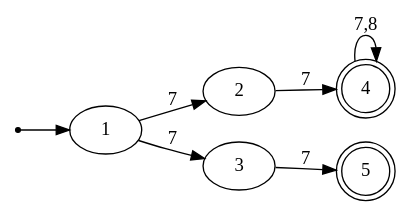
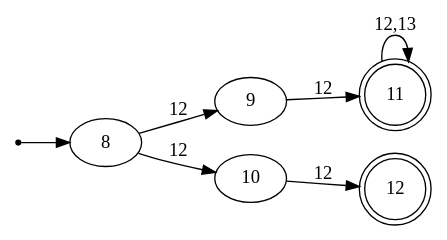
One commit to GiovA07/A changed the diagram in automataExamples/automataFND/automata3.dot. Above: the diagram before and after it, drawn with Graphviz. The commit also changed 3 other files, not shown here.

```diff
--- a/automataExamples/automataFND/automata3.dot
+++ b/automataExamples/automataFND/automata3.dot
@@ -1,17 +1,17 @@
 digraph{
 
 rankdir=LR;
 inic[shape=point];
 
-inic->1;
+inic->8;
 
-1->2 [label="7"];
-1->3 [label="7"];
-2->4 [label="7"];
-3->5 [label="7"];
-4->4 [label="7,8"];
+8->9 [label="12"];
+8->10 [label="12"];
+9->11 [label="12"];
+10->12 [label="12"];
+11->11 [label="12,13"];
 
-4[shape=doublecircle];
-5[shape=doublecircle];
+11[shape=doublecircle];
+12[shape=doublecircle];
 
 }
```
